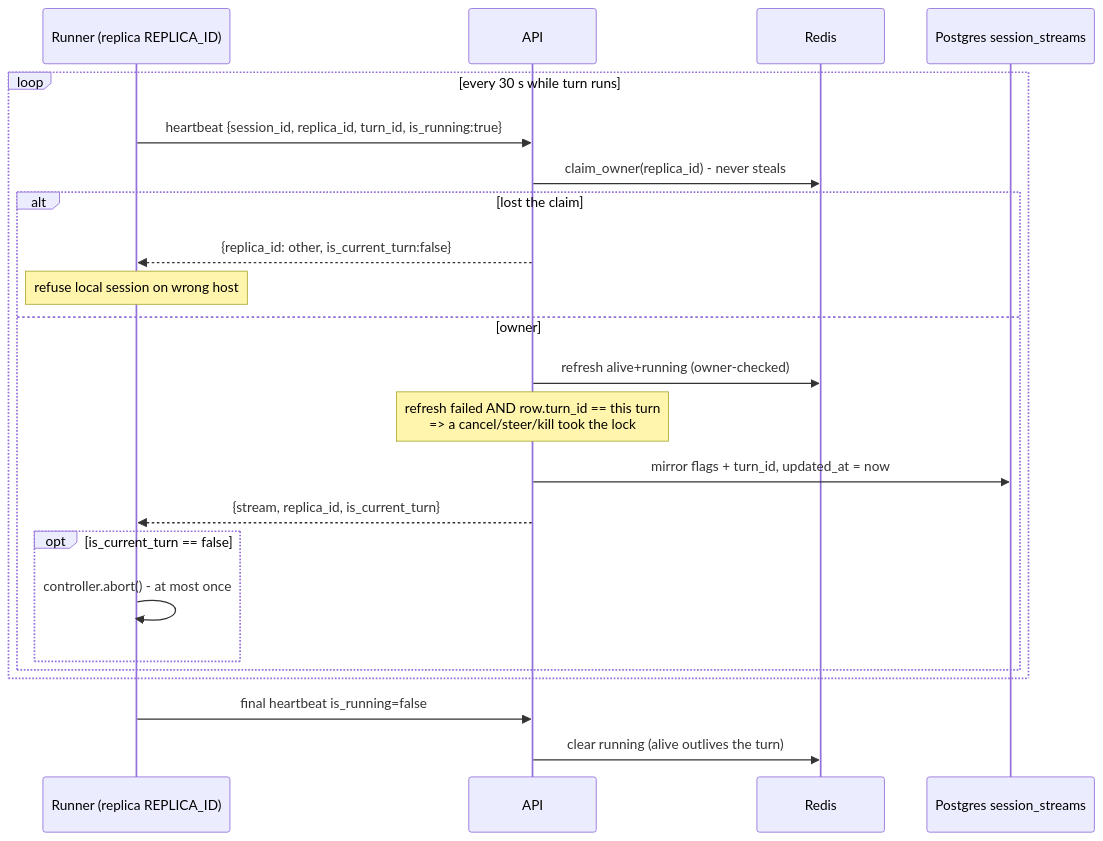
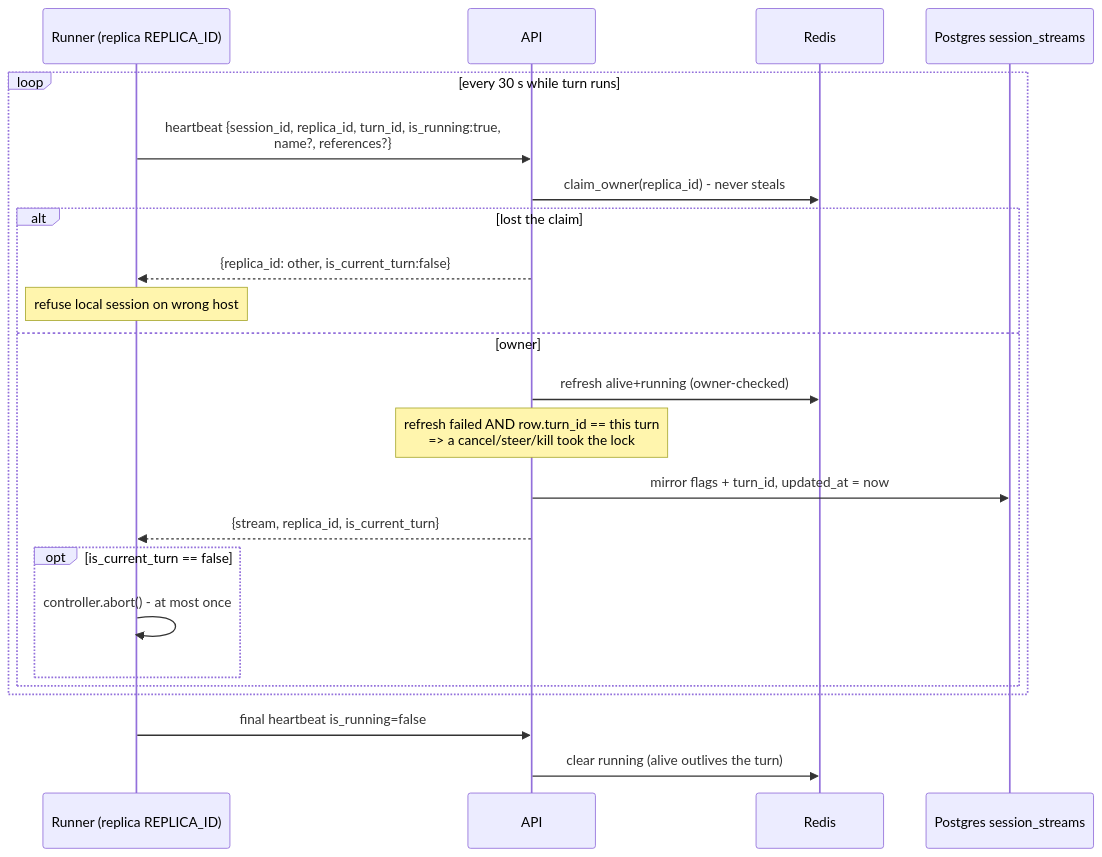
One commit to Agenta-AI/agenta changed the third of 4 diagrams in docs/design/agent-workflows/projects/sessions-takeover/architecture.md. Above: the diagram before and after it, drawn with Mermaid. The commit also changed other lines of this file and 19 other files, not shown here.

````diff
--- a/docs/design/agent-workflows/projects/sessions-takeover/architecture.md
+++ b/docs/design/agent-workflows/projects/sessions-takeover/architecture.md
@@ -654,26 +682,26 @@
 ```mermaid
 sequenceDiagram
     participant R as Runner (replica REPLICA_ID)
     participant A as API
     participant X as Redis
     participant P as Postgres session_streams
 
     loop every 30 s while turn runs
-        R->>A: heartbeat {session_id, replica_id, turn_id, is_running:true}
+        R->>A: heartbeat {session_id, replica_id, turn_id, is_running:true,<br/>name?, references?}
         A->>X: claim_owner(replica_id) - never steals
         alt lost the claim
             A-->>R: {replica_id: other, is_current_turn:false}
             Note over R: refuse local session on wrong host
         else owner
             A->>X: refresh alive+running (owner-checked)
             Note over A: refresh failed AND row.turn_id == this turn<br/>=> a cancel/steer/kill took the lock
             A->>P: mirror flags + turn_id, updated_at = now
             A-->>R: {stream, replica_id, is_current_turn}
             opt is_current_turn == false
                 R->>R: controller.abort() - at most once
             end
         end
     end
     R->>A: final heartbeat is_running=false
     A->>X: clear running (alive outlives the turn)
 ```
````
